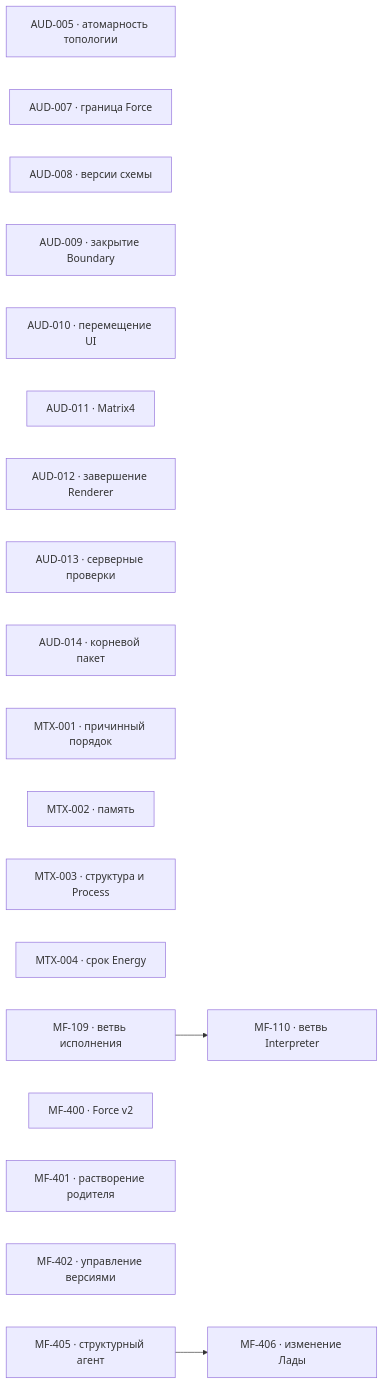
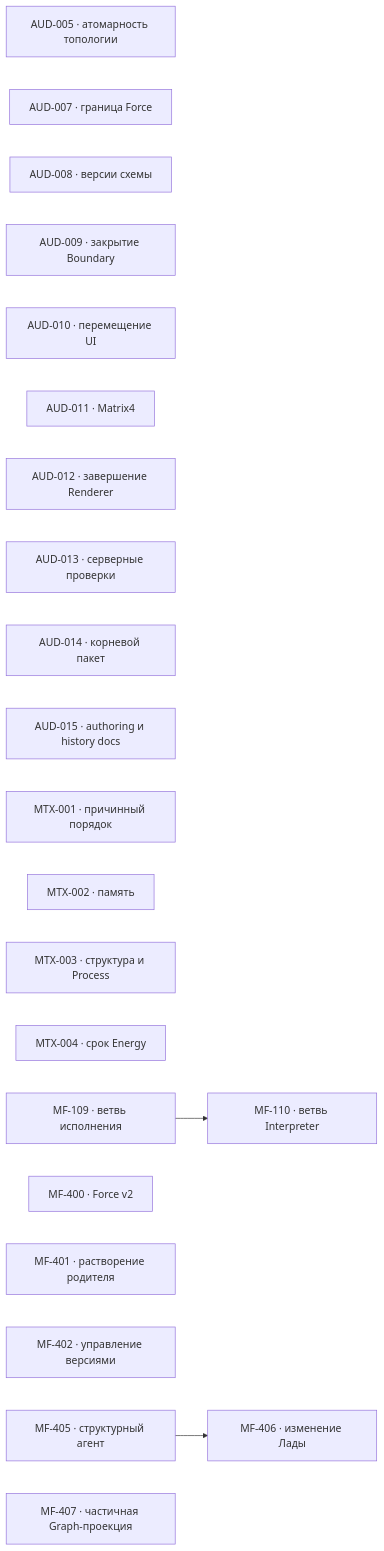
Before and after one commit to zavx0z/metafor: the diagram in project/TODO.md, drawn with Mermaid. The commit also changed other lines of this file and 8 other files, not shown here.

Commit message:
docs(project): schedule scoped graph and refresh contracts

````diff
--- a/project/TODO.md
+++ b/project/TODO.md
@@ -13,25 +13,27 @@
 ```mermaid
 flowchart LR
     AUD005["AUD-005 · атомарность топологии"]
     AUD007["AUD-007 · граница Force"]
     AUD008["AUD-008 · версии схемы"]
     AUD009["AUD-009 · закрытие Boundary"]
     AUD010["AUD-010 · перемещение UI"]
     AUD011["AUD-011 · Matrix4"]
     AUD012["AUD-012 · завершение Renderer"]
     AUD013["AUD-013 · серверные проверки"]
     AUD014["AUD-014 · корневой пакет"]
+    AUD015["AUD-015 · authoring и history docs"]
     MTX001["MTX-001 · причинный порядок"]
     MTX002["MTX-002 · память"]
     MTX003["MTX-003 · структура и Process"]
     MTX004["MTX-004 · срок Energy"]
     MF109["MF-109 · ветвь исполнения"]
     MF110["MF-110 · ветвь Interpreter"]
     MF400["MF-400 · Force v2"]
     MF401["MF-401 · растворение родителя"]
     MF402["MF-402 · управление версиями"]
     MF405["MF-405 · структурный агент"]
     MF406["MF-406 · изменение Лады"]
+    MF407["MF-407 · частичная Graph-проекция"]
     MF109 --> MF110
     MF405 --> MF406
 ```
````
